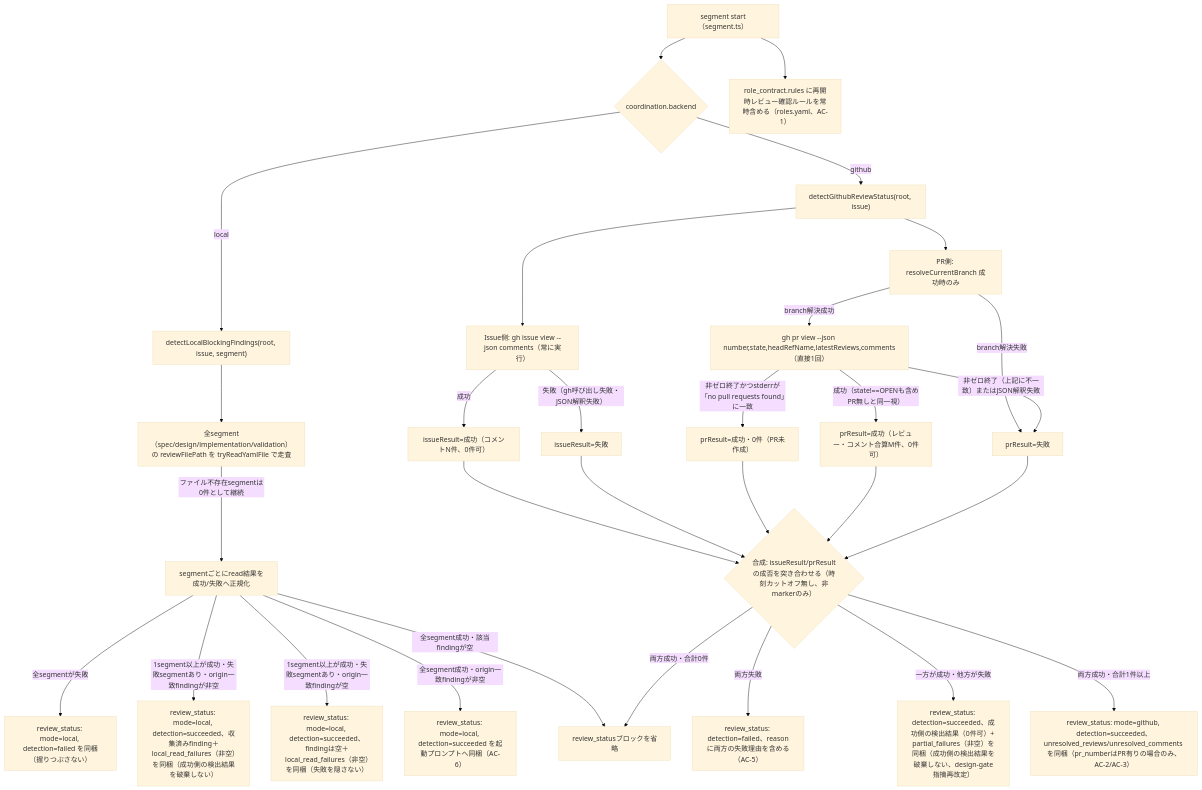
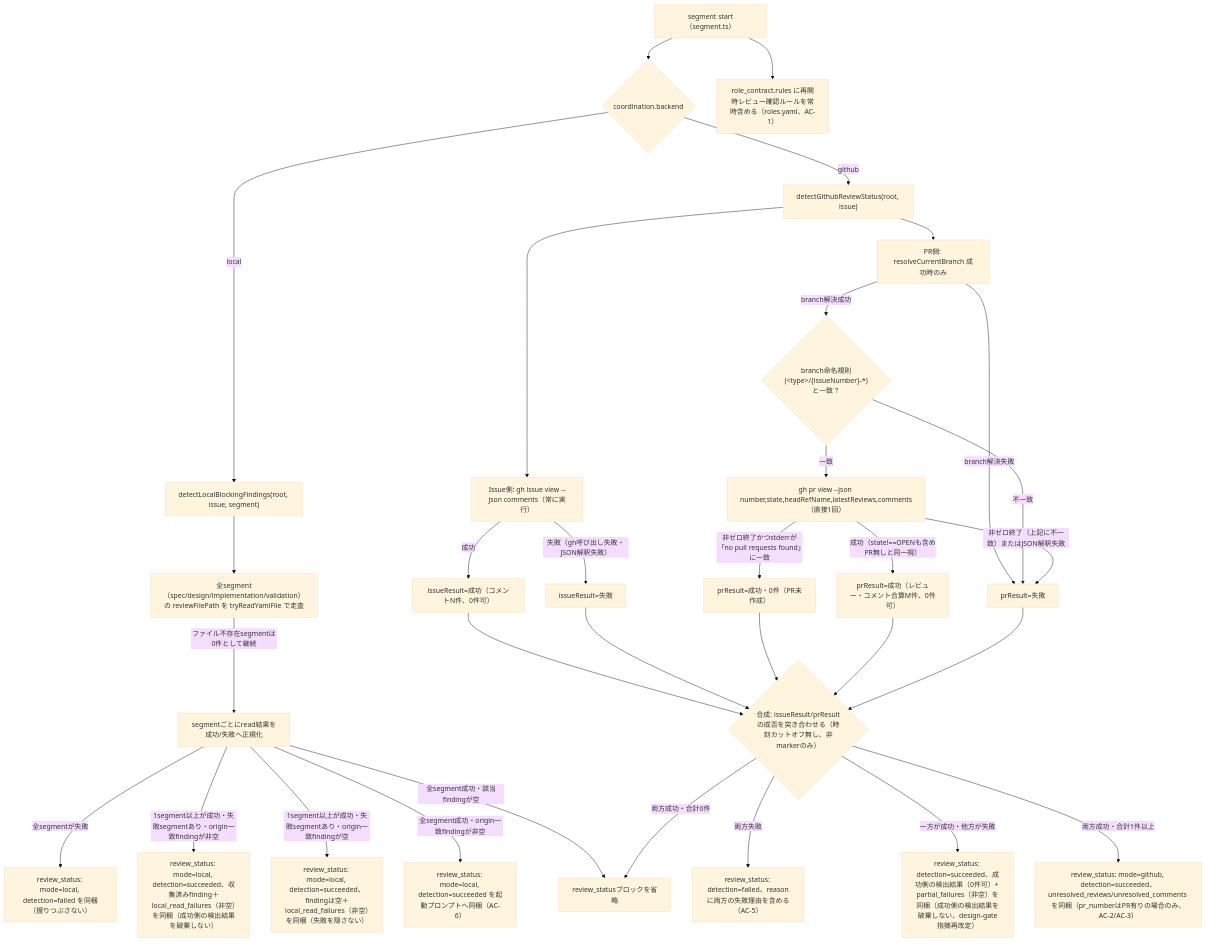
The diagram in DESIGN.md (techbeansjp-free/AGENTS.md), drawn with Mermaid (base theme) before and after one commit. The commit also changed other lines of this file and 2 other files, not shown here.

First line of the commit message:
ISSUE-446: design-gate finding(pr-resolution-not-bound-to-target-issue)対応

````diff
--- a/DESIGN.md
+++ b/DESIGN.md
@@ -87,33 +88,35 @@
 ```mermaid
 graph TD
   A["segment start（segment.ts）"] --> B{"coordination.backend"}
   B -->|local| C["detectLocalBlockingFindings(root, issue, segment)"]
   C --> D["全segment（spec/design/implementation/validation）の reviewFilePath を tryReadYamlFile で走査"]
   D -->|ファイル不存在segmentは0件として継続| DR["segmentごとにread結果を成功/失敗へ正規化"]
   DR -->|全segmentが失敗| DF["review_status: mode=local, detection=failed を同梱（握りつぶさない）"]
   DR -->|1segment以上が成功・失敗segmentあり・origin一致findingが非空| DPF["review_status: mode=local, detection=succeeded、収集済みfinding＋local_read_failures（非空）を同梱（成功側の検出結果を破棄しない）"]
   DR -->|1segment以上が成功・失敗segmentあり・origin一致findingが空| DPZ["review_status: mode=local, detection=succeeded、findingは空＋local_read_failures（非空）を同梱（失敗を隠さない）"]
   DR -->|全segment成功・origin一致findingが非空| E["review_status: mode=local, detection=succeeded を起動プロンプトへ同梱（AC-6）"]
   DR -->|全segment成功・該当findingが空| F["review_statusブロックを省略"]
   B -->|github| G["detectGithubReviewStatus(root, issue)"]
   G --> GI["Issue側: gh issue view --json comments（常に実行）"]
   G --> GP["PR側: resolveCurrentBranch 成功時のみ"]
   GI -->|失敗（gh呼び出し失敗・JSON解釈失敗）| GIF["issueResult=失敗"]
   GI -->|成功| GIS["issueResult=成功（コメントN件、0件可）"]
   GP -->|branch解決失敗| GPF["prResult=失敗"]
-  GP -->|branch解決成功| PV["gh pr view --json number,state,headRefName,latestReviews,comments（直接1回）"]
+  GP -->|branch解決成功| BM{"branch命名規則(&lt;type&gt;/{issueNumber}-*)と一致？"}
+  BM -->|不一致| GPF
+  BM -->|一致| PV["gh pr view --json number,state,headRefName,latestReviews,comments（直接1回）"]
   PV -->|非ゼロ終了かつstderrが「no pull requests found」に一致| GPZ["prResult=成功・0件（PR未作成）"]
   PV -->|非ゼロ終了（上記に不一致）またはJSON解釈失敗| GPF
   PV -->|成功（state!==OPENも含めPR無しと同一視）| GPS["prResult=成功（レビュー・コメント合算M件、0件可）"]
   GIS --> MRG
   GIF --> MRG
   GPZ --> MRG
   GPS --> MRG
   GPF --> MRG
   MRG{"合成: issueResult/prResultの成否を突き合わせる（時刻カットオフ無し、非markerのみ）"}
   MRG -->|両方失敗| J["review_status: detection=failed、reasonに両方の失敗理由を含める（AC-5）"]
   MRG -->|一方が成功・他方が失敗| PF["review_status: detection=succeeded、成功側の検出結果（0件可）+ partial_failures（非空）を同梱（成功側の検出結果を破棄しない、design-gate指摘再改定）"]
   MRG -->|両方成功・合計1件以上| L["review_status: mode=github, detection=succeeded、unresolved_reviews/unresolved_comments を同梱（pr_numberはPR有りの場合のみ、AC-2/AC-3）"]
   MRG -->|両方成功・合計0件| F
   A --> M["role_contract.rules に再開時レビュー確認ルールを常時含める（roles.yaml、AC-1）"]
 ```
````
